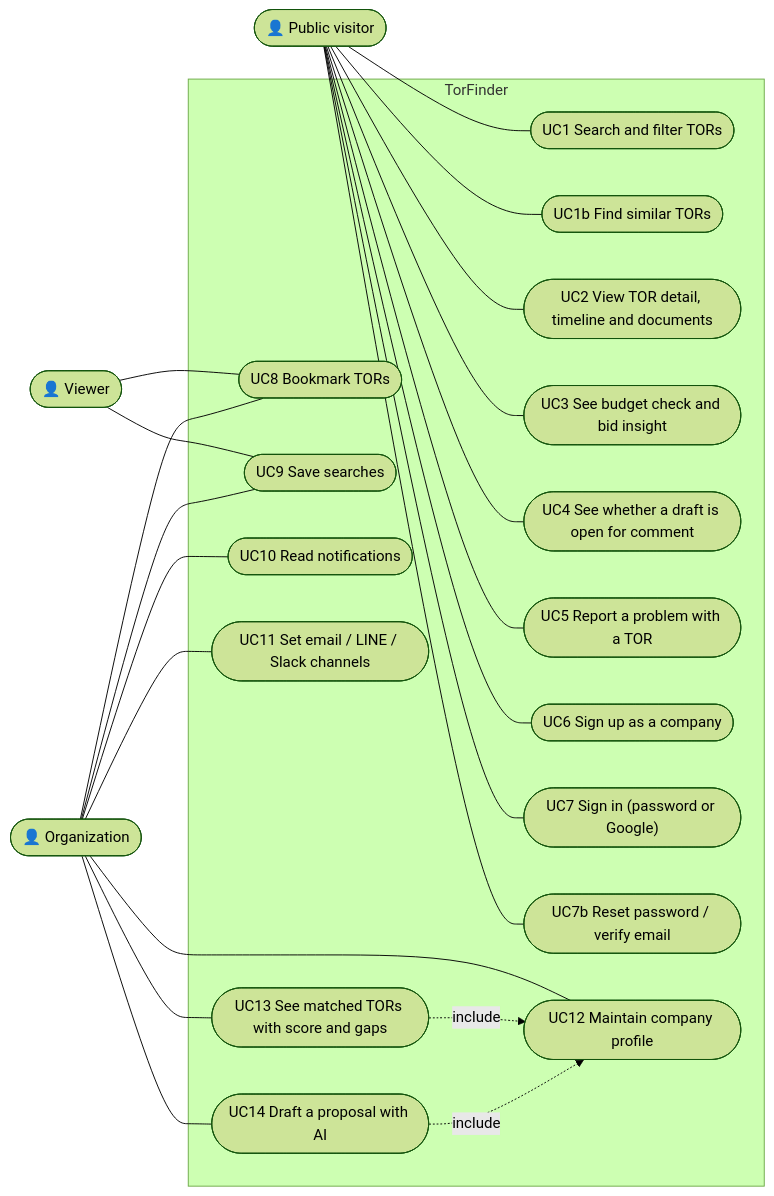
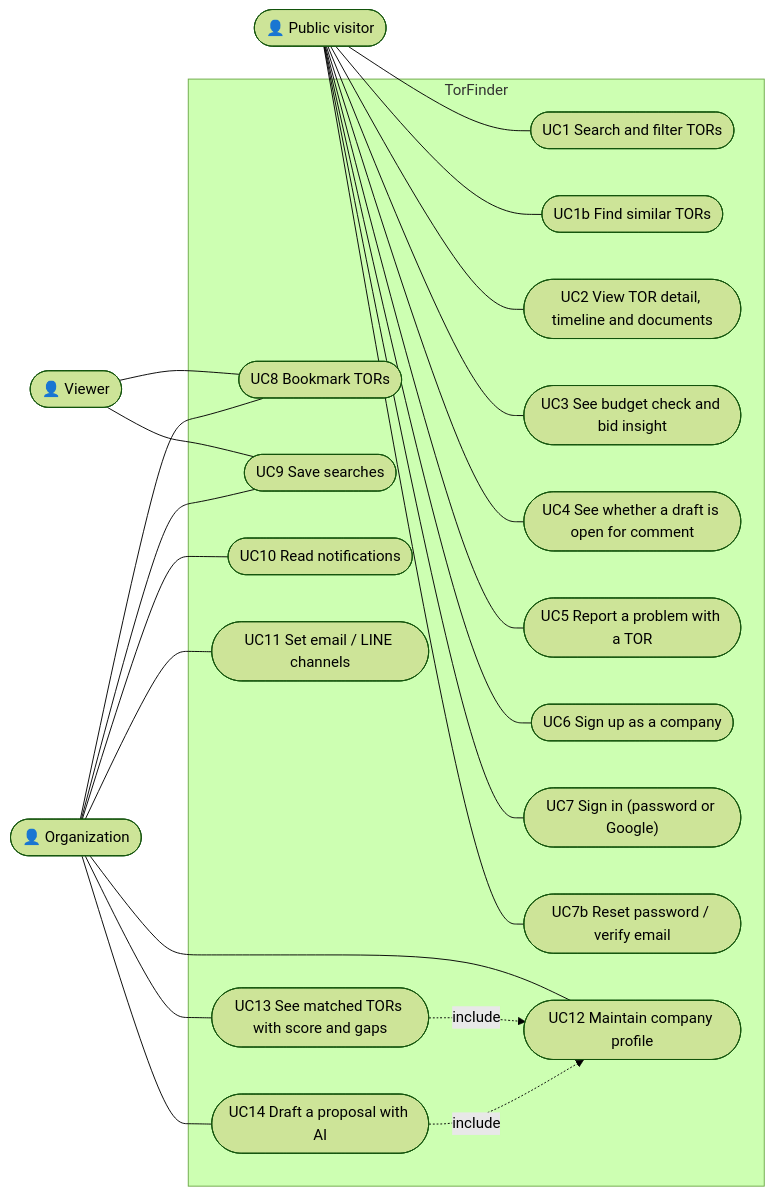
The second of 4 diagrams in docs/design/use-case.md (PhomMaiWai/TorFinder), drawn with Mermaid (forest theme) before and after one commit. The commit also changed other lines of this file and 29 other files, not shown here.

````diff
--- a/docs/design/use-case.md
+++ b/docs/design/use-case.md
@@ -43,31 +43,31 @@
 ```mermaid
 flowchart LR
     Public(["👤 Public visitor"])
     Viewer(["👤 Viewer"])
     Org(["👤 Organization"])
 
     subgraph TorFinder["TorFinder"]
         UC1(["UC1 Search and filter TORs"])
         UC1b(["UC1b Find similar TORs"])
         UC2(["UC2 View TOR detail, timeline and documents"])
         UC3(["UC3 See budget check and bid insight"])
         UC4(["UC4 See whether a draft is open for comment"])
         UC5(["UC5 Report a problem with a TOR"])
         UC6(["UC6 Sign up as a company"])
         UC7(["UC7 Sign in (password or Google)"])
         UC7b(["UC7b Reset password / verify email"])
         UC8(["UC8 Bookmark TORs"])
         UC9(["UC9 Save searches"])
         UC10(["UC10 Read notifications"])
-        UC11(["UC11 Set email / LINE / Slack channels"])
+        UC11(["UC11 Set email / LINE channels"])
         UC12(["UC12 Maintain company profile"])
         UC13(["UC13 See matched TORs with score and gaps"])
         UC14(["UC14 Draft a proposal with AI"])
     end
 
     Public --- UC1 & UC1b & UC2 & UC3 & UC4 & UC5 & UC6 & UC7 & UC7b
     Viewer --- UC8 & UC9
     Org --- UC8 & UC9 & UC10 & UC11 & UC12 & UC13 & UC14
     UC13 -. include .-> UC12
     UC14 -. include .-> UC12
 ```
````
